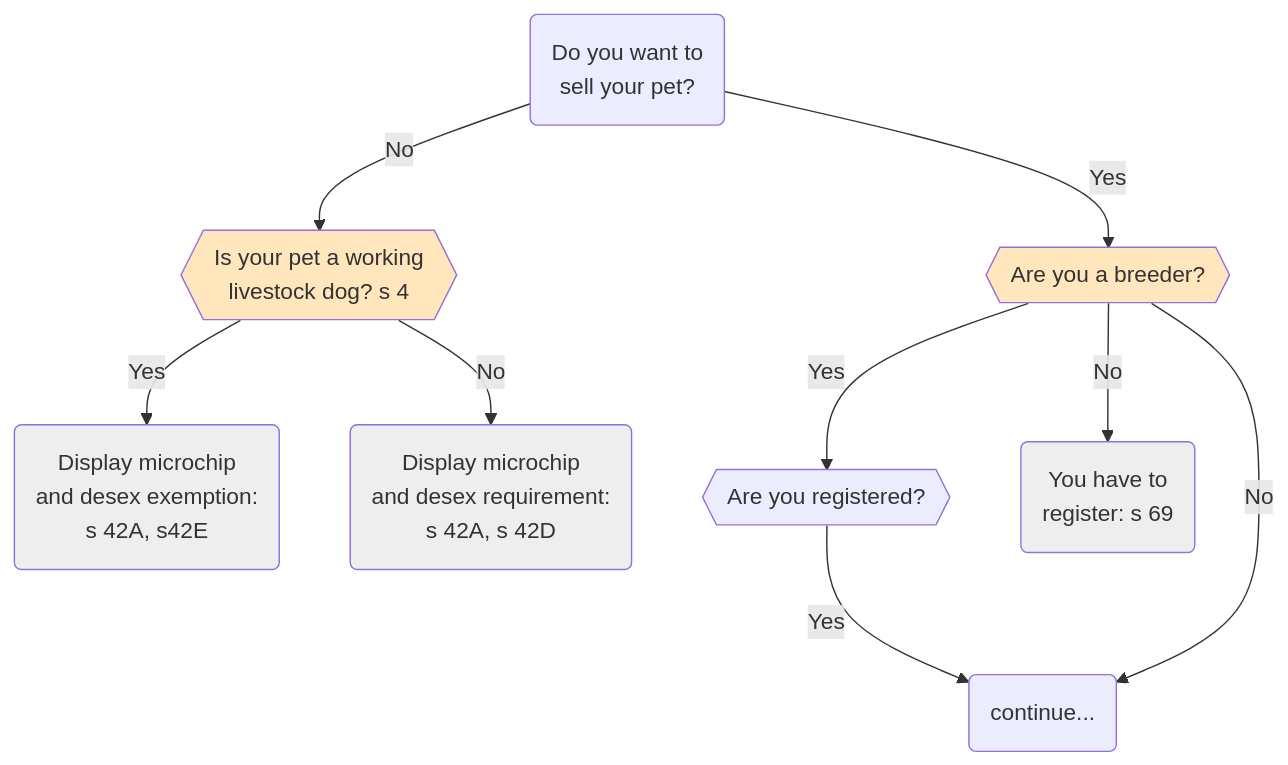
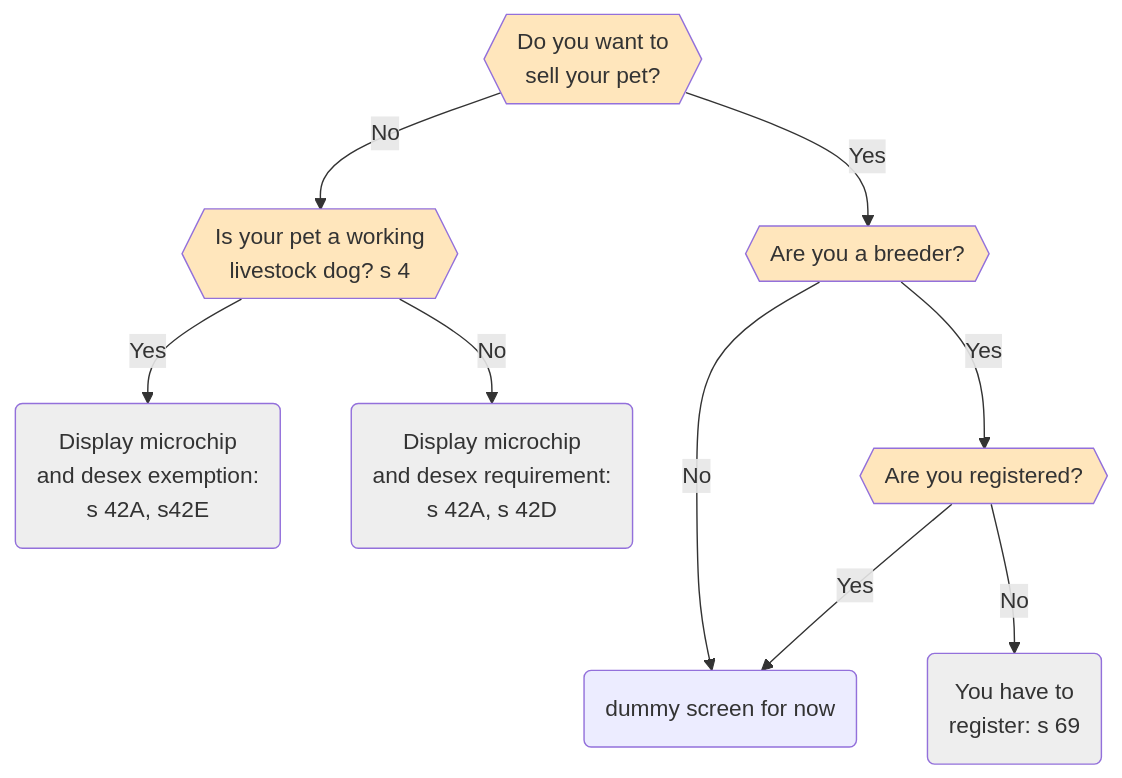
One commit to FlindersLaw/textbook changed the diagram in textbook-source/docs/coding_exercises/coding_workshop_2/_exercises/_flowcharts/cw2b_flowchart1.mdx. Above: the diagram before and after it, drawn with Mermaid. The commit also changed 2 other files, not shown here.

Commit message:
Misc fixes

````diff
--- a/textbook-source/docs/coding_exercises/coding_workshop_2/_exercises/_flowcharts/cw2b_flowchart1.mdx
+++ b/textbook-source/docs/coding_exercises/coding_workshop_2/_exercises/_flowcharts/cw2b_flowchart1.mdx
@@ -1,25 +1,25 @@
 ```mermaid
 flowchart TD
-    id0(Do you want to<br>sell your pet?)
+    id0{{Do you want to<br>sell your pet?}}
     id0 -- No --> id1{{Is your pet a working<br>livestock dog? s 4}}
     id1 -- Yes --> id2(Display microchip<br>and desex exemption:<br>s 42A, s42E)
     id1 -- No --> id3(Display microchip<br>and desex requirement:<br>s 42A, s 42D)
     
     id0 -- Yes --> id4{{Are  you a breeder?}}
     id4 -- Yes --> id4a{{Are you registered?}}
     id4a -- Yes --> id6
-    id4 -- No --> id5(You have to<br>register: s 69)
+    id4a -- No --> id5(You have to<br>register: s 69)
 
-    id4 -- No --> id6(continue...)
+    id4 -- No --> id6(dummy screen for now)
 
     %% Define styles for flowchart items.  We want to make comments yellow
     %% and have a larger font size for regular items
     classDef commentClass fill:#faffd6,text-align:left
     classDef questionClass fill:#ffe6bc
     classDef boundaryClass fill:#eeeeee,text-fill-color:#fff
     classDef itemClass font-size:16pt
     classDef leftListClass text-align:left
 
-    class id1,id4,id7,id9 questionClass;
+    class id0,id1,id4,id4a,id7,id9 questionClass;
     class id01,id2,id3,id5,id10,id11 boundaryClass;
 ```
````
